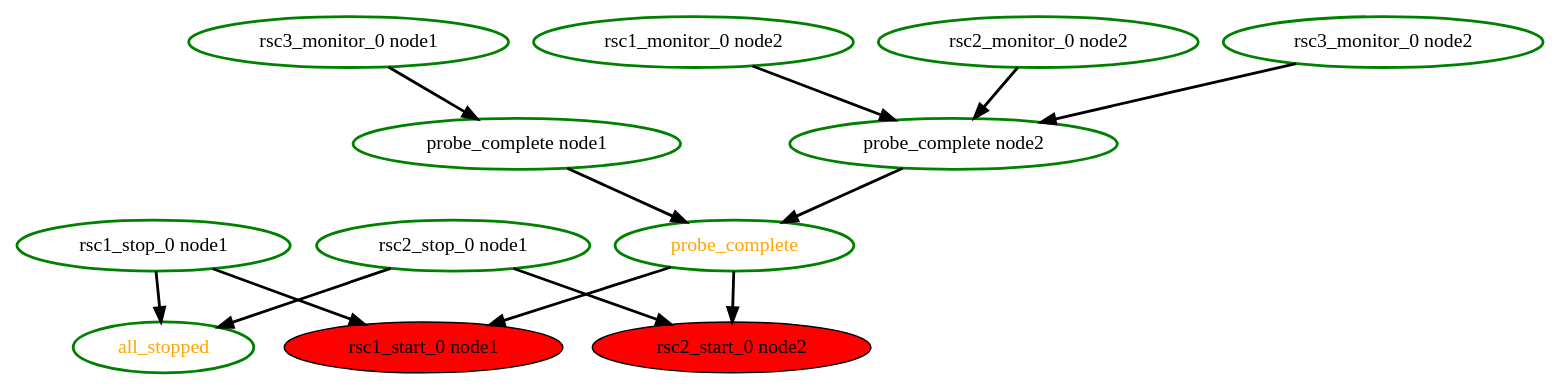
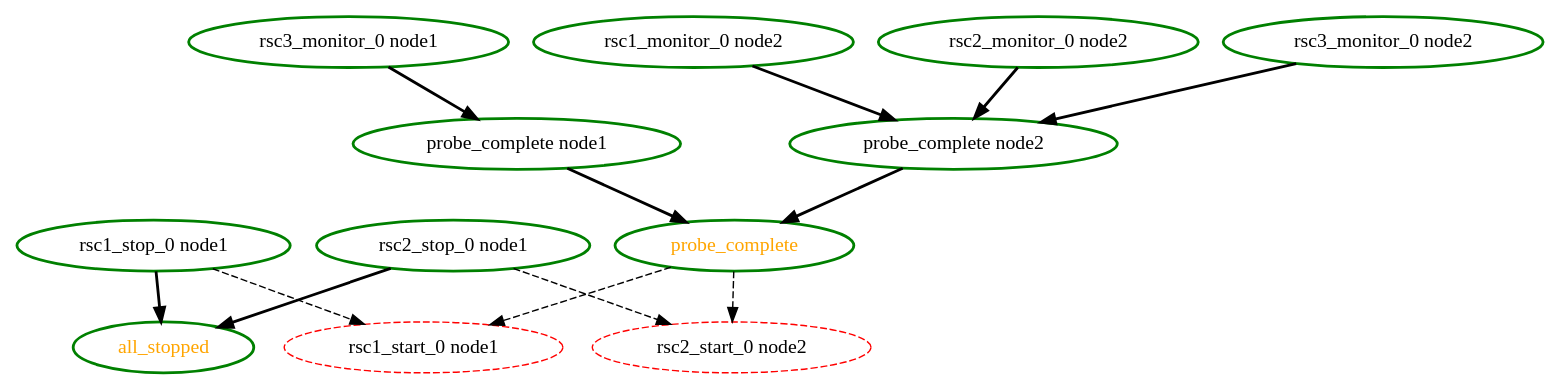
Before and after one commit to richiewen8/heartbeat: the diagram in crm/pengine/testcases/quorum-3.dot, drawn with Graphviz. The commit also changed 13 other files, not shown here.

Commit message:
Low: PE: Improvements to the graph and .dot creation code * Tweaks to ensure the .dot file is accurate * Actions not included in the graph are dashed * Actions dependancies not included in the graph are dashed * Unrunnable actions have a red outline (instead of filled red) * Update regression tests

```diff
--- a/crm/pengine/testcases/quorum-3.dot
+++ b/crm/pengine/testcases/quorum-3.dot
@@ -1,26 +1,26 @@
  digraph "g" {
 "all_stopped" [ style=bold color="green" fontcolor="orange"  ]
 "probe_complete node1" -> "probe_complete" [ style = bold]
 "probe_complete node1" [ style=bold color="green" fontcolor="black" ]
 "probe_complete node2" -> "probe_complete" [ style = bold]
 "probe_complete node2" [ style=bold color="green" fontcolor="black" ]
-"probe_complete" -> "rsc1_start_0 node1" [ style = bold]
-"probe_complete" -> "rsc2_start_0 node2" [ style = bold]
+"probe_complete" -> "rsc1_start_0 node1" [ style = dashed]
+"probe_complete" -> "rsc2_start_0 node2" [ style = dashed]
 "probe_complete" [ style=bold color="green" fontcolor="orange" ]
 "rsc1_monitor_0 node2" -> "probe_complete node2" [ style = bold]
 "rsc1_monitor_0 node2" [ style=bold color="green" fontcolor="black" ]
-"rsc1_start_0 node1" [ style=filled color="black" fontcolor="black"  fillcolor=red]
+"rsc1_start_0 node1" [ style=dashed color="red" fontcolor="black"  ]
 "rsc1_stop_0 node1" -> "all_stopped" [ style = bold]
-"rsc1_stop_0 node1" -> "rsc1_start_0 node1" [ style = bold]
+"rsc1_stop_0 node1" -> "rsc1_start_0 node1" [ style = dashed]
 "rsc1_stop_0 node1" [ style=bold color="green" fontcolor="black" ]
 "rsc2_monitor_0 node2" -> "probe_complete node2" [ style = bold]
 "rsc2_monitor_0 node2" [ style=bold color="green" fontcolor="black" ]
-"rsc2_start_0 node2" [ style=filled color="black" fontcolor="black"  fillcolor=red]
+"rsc2_start_0 node2" [ style=dashed color="red" fontcolor="black"  ]
 "rsc2_stop_0 node1" -> "all_stopped" [ style = bold]
-"rsc2_stop_0 node1" -> "rsc2_start_0 node2" [ style = bold]
+"rsc2_stop_0 node1" -> "rsc2_start_0 node2" [ style = dashed]
 "rsc2_stop_0 node1" [ style=bold color="green" fontcolor="black" ]
 "rsc3_monitor_0 node1" -> "probe_complete node1" [ style = bold]
 "rsc3_monitor_0 node1" [ style=bold color="green" fontcolor="black" ]
 "rsc3_monitor_0 node2" -> "probe_complete node2" [ style = bold]
 "rsc3_monitor_0 node2" [ style=bold color="green" fontcolor="black" ]
 }
```
